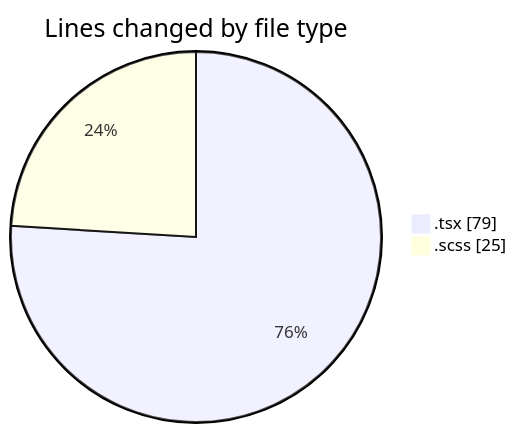
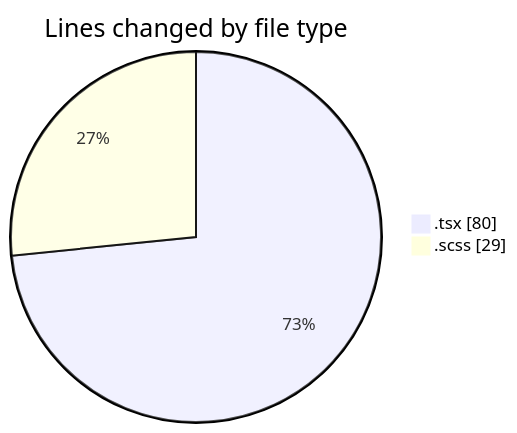
The first of 2 diagrams in 2026-04-16/cda/README.md (momahboobian/code-tracking), drawn with Mermaid before and after one commit. The commit also changed other lines of this file and 1 other file, not shown here.

````diff
--- a/2026-04-16/cda/README.md
+++ b/2026-04-16/cda/README.md
@@ -22,6 +22,6 @@
 ```mermaid
 pie showData
 title Lines changed by file type
-".tsx" : 79
-".scss" : 25
+".tsx" : 80
+".scss" : 29
 ```
````
